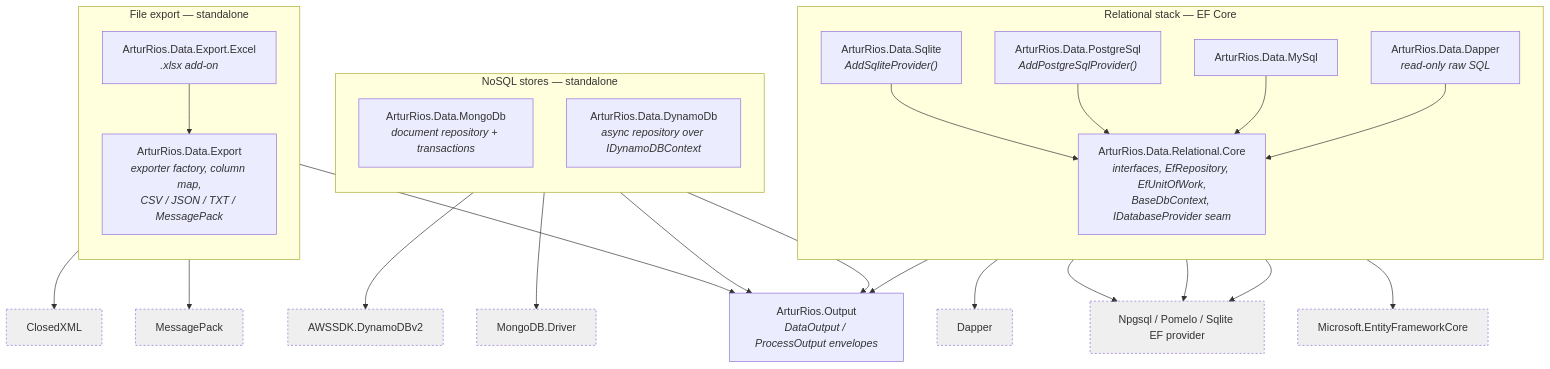
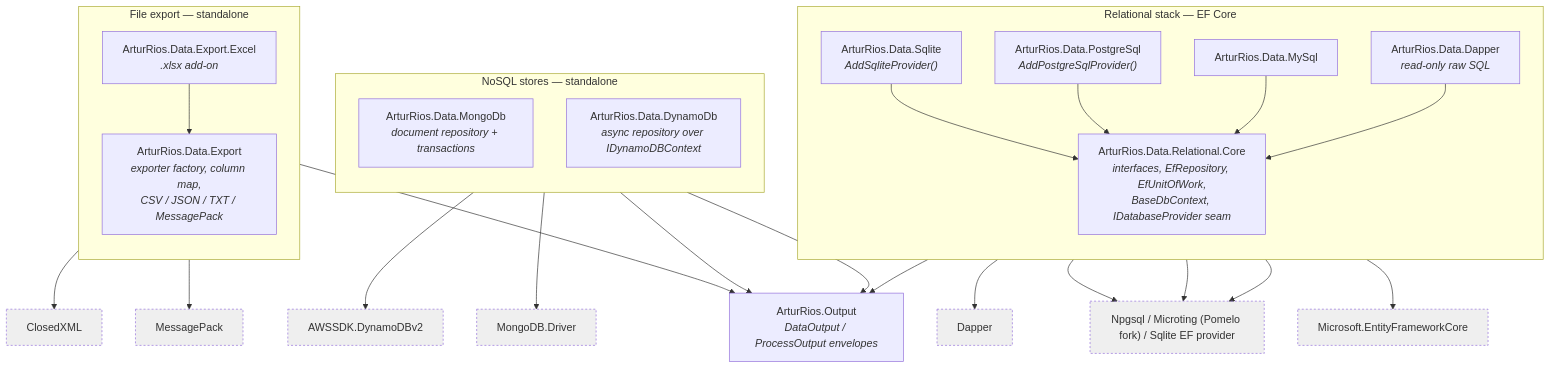
One commit to artur-rios/dotnet-data changed the first of 7 diagrams in docs/content/en/docs/architecture.md. Above: the diagram before and after it, drawn with Mermaid. The commit also changed 1 other file, not shown here.

Commit message:
docs: surface the published mysql package
The MySQL provider shipped, but the README badge row never gained a
version badge for ArturRios.Data.MySql, and the architecture diagram
still named upstream Pomelo as the EF provider behind it.

Add the badge and name the Microting fork the package actually
references.

````diff
--- a/docs/content/en/docs/architecture.md
+++ b/docs/content/en/docs/architecture.md
@@ -13,54 +13,54 @@
 ```mermaid
 flowchart TB
     Output["ArturRios.Output<br/><i>DataOutput / ProcessOutput envelopes</i>"]
 
     subgraph Relational["Relational stack — EF Core"]
         direction TB
         Core["ArturRios.Data.Relational.Core<br/><i>interfaces, EfRepository, EfUnitOfWork,<br/>BaseDbContext, IDatabaseProvider seam</i>"]
         Sqlite["ArturRios.Data.Sqlite<br/><i>AddSqliteProvider()</i>"]
         Postgres["ArturRios.Data.PostgreSql<br/><i>AddPostgreSqlProvider()</i>"]
         MySql["ArturRios.Data.MySql"]
         Dapper["ArturRios.Data.Dapper<br/><i>read-only raw SQL</i>"]
     end
 
     subgraph NoSQL["NoSQL stores — standalone"]
         direction TB
         Mongo["ArturRios.Data.MongoDb<br/><i>document repository + transactions</i>"]
         Dynamo["ArturRios.Data.DynamoDb<br/><i>async repository over IDynamoDBContext</i>"]
     end
 
     subgraph Export["File export — standalone"]
         direction TB
         ExportCore["ArturRios.Data.Export<br/><i>exporter factory, column map,<br/>CSV / JSON / TXT / MessagePack</i>"]
         ExportExcel["ArturRios.Data.Export.Excel<br/><i>.xlsx add-on</i>"]
     end
 
     Sqlite --> Core
     Postgres --> Core
     MySql --> Core
     Dapper --> Core
     Core --> Output
     Mongo --> Output
     Dynamo --> Output
     ExportExcel --> ExportCore
     ExportCore --> Output
 
     EF["Microsoft.EntityFrameworkCore"]:::ext
-    EfProviders["Npgsql / Pomelo / Sqlite EF provider"]:::ext
+    EfProviders["Npgsql / Microting (Pomelo fork) / Sqlite EF provider"]:::ext
     DapperLib["Dapper"]:::ext
     MongoLib["MongoDB.Driver"]:::ext
     Aws["AWSSDK.DynamoDBv2"]:::ext
     MsgPack["MessagePack"]:::ext
     ClosedXml["ClosedXML"]:::ext
     Core --> EF
     Sqlite --> EfProviders
     Postgres --> EfProviders
     MySql --> EfProviders
     Dapper --> DapperLib
     Mongo --> MongoLib
     Dynamo --> Aws
     ExportCore --> MsgPack
     ExportExcel --> ClosedXml
 
     classDef ext fill:#8882,stroke-dasharray:3 3;
 ```
````
